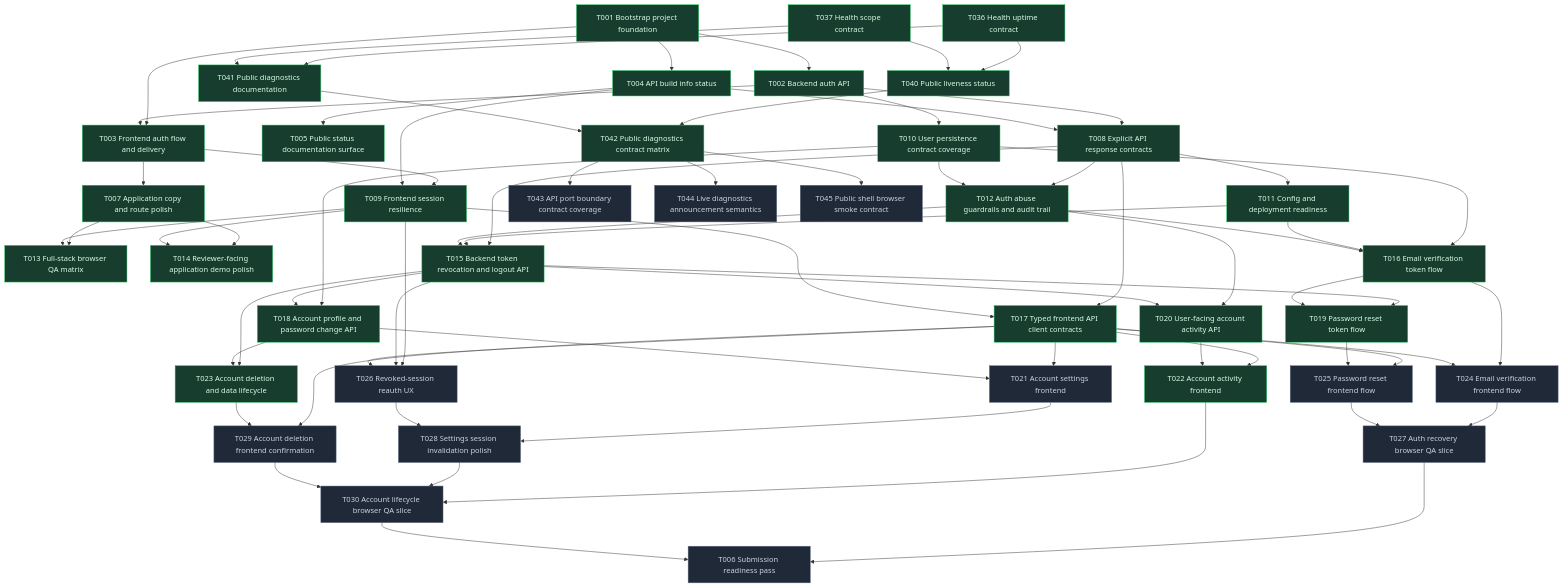
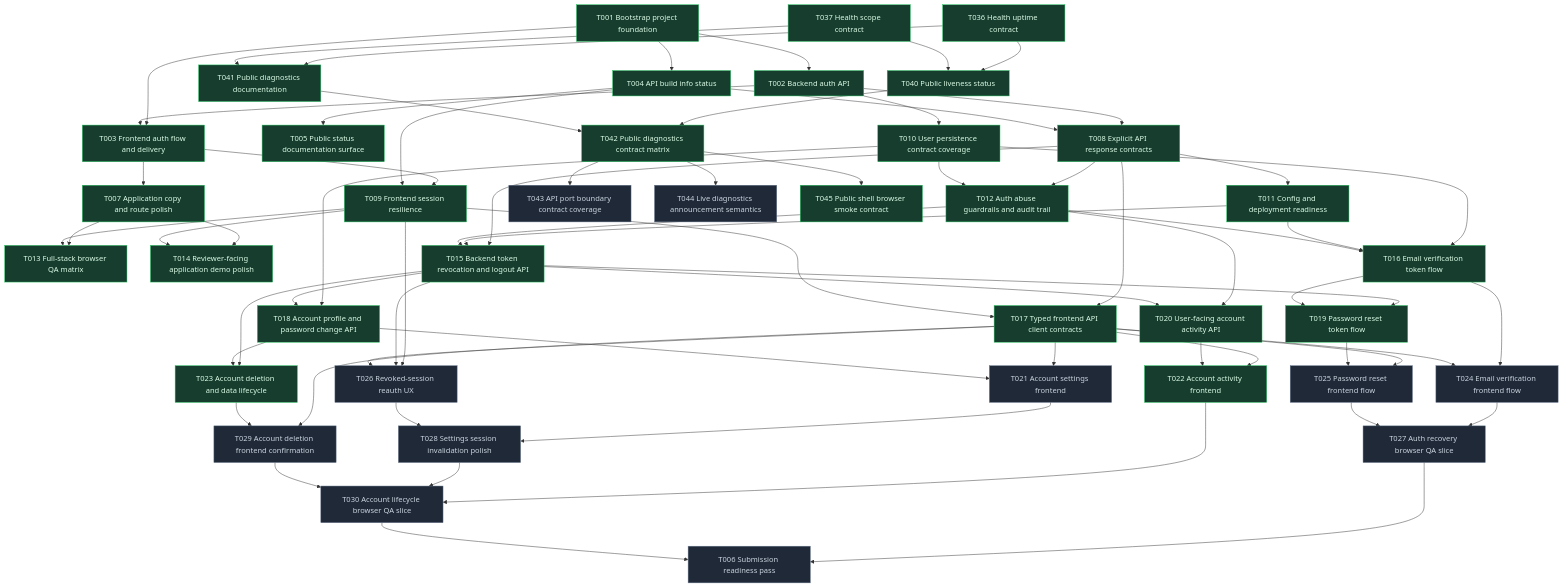
The diagram in planning/roadmap/dependencies.mmd (0-sayed/easyGen), drawn with Mermaid before and after one commit. The commit also changed 4 other files, not shown here.

```diff
--- a/planning/roadmap/dependencies.mmd
+++ b/planning/roadmap/dependencies.mmd
@@ -1,118 +1,118 @@
 flowchart TD
   T001["T001 Bootstrap project foundation"]
   T002["T002 Backend auth API"]
   T003["T003 Frontend auth flow and delivery"]
   T004["T004 API build info status"]
   T005["T005 Public status documentation surface"]
   T006["T006 Submission readiness pass"]
   T007["T007 Application copy and route polish"]
   T008["T008 Explicit API response contracts"]
   T009["T009 Frontend session resilience"]
   T010["T010 User persistence contract coverage"]
   T011["T011 Config and deployment readiness"]
   T012["T012 Auth abuse guardrails and audit trail"]
   T013["T013 Full-stack browser QA matrix"]
   T014["T014 Reviewer-facing application demo polish"]
   T015["T015 Backend token revocation and logout API"]
   T016["T016 Email verification token flow"]
   T017["T017 Typed frontend API client contracts"]
   T018["T018 Account profile and password change API"]
   T019["T019 Password reset token flow"]
   T020["T020 User-facing account activity API"]
   T021["T021 Account settings frontend"]
   T022["T022 Account activity frontend"]
   T023["T023 Account deletion and data lifecycle"]
   T024["T024 Email verification frontend flow"]
   T025["T025 Password reset frontend flow"]
   T026["T026 Revoked-session reauth UX"]
   T027["T027 Auth recovery browser QA slice"]
   T028["T028 Settings session invalidation polish"]
   T029["T029 Account deletion frontend confirmation"]
   T030["T030 Account lifecycle browser QA slice"]
   T036["T036 Health uptime contract"]
   T037["T037 Health scope contract"]
   T040["T040 Public liveness status"]
   T041["T041 Public diagnostics documentation"]
   T042["T042 Public diagnostics contract matrix"]
   T043["T043 API port boundary contract coverage"]
   T044["T044 Live diagnostics announcement semantics"]
   T045["T045 Public shell browser smoke contract"]
 
   T001 --> T002
   T001 --> T003
   T002 --> T003
   T001 --> T004
   T004 --> T005
   T003 --> T007
   T002 --> T008
   T004 --> T008
   T003 --> T009
   T004 --> T009
   T002 --> T010
   T008 --> T011
   T008 --> T012
   T010 --> T012
   T007 --> T013
   T009 --> T013
   T007 --> T014
   T009 --> T014
   T008 --> T015
   T011 --> T015
   T012 --> T015
   T010 --> T016
   T011 --> T016
   T012 --> T016
   T008 --> T017
   T009 --> T017
   T010 --> T018
   T015 --> T018
   T015 --> T019
   T016 --> T019
   T012 --> T020
   T015 --> T020
   T017 --> T021
   T018 --> T021
   T017 --> T022
   T020 --> T022
   T015 --> T023
   T018 --> T023
   T016 --> T024
   T017 --> T024
   T017 --> T025
   T019 --> T025
   T009 --> T026
   T015 --> T026
   T017 --> T026
   T024 --> T027
   T025 --> T027
   T021 --> T028
   T026 --> T028
   T017 --> T029
   T023 --> T029
   T022 --> T030
   T028 --> T030
   T029 --> T030
   T027 --> T006
   T030 --> T006
   T036 --> T040
   T037 --> T040
   T036 --> T041
   T037 --> T041
   T040 --> T042
   T041 --> T042
   T042 --> T043
   T042 --> T044
   T042 --> T045
 
   classDef done fill:#163d2e,stroke:#22c55e,color:#dcfce7;
   classDef pending fill:#1f2937,stroke:#64748b,color:#cbd5e1;
 
   class T001,T002,T003,T004,T005,T007,T008,T009,T010,T011,T012,T013,T014,T015,T016,T017,T018,T019,T020,T022,T023 done;
   class T006,T021,T024,T025,T026,T027,T028,T029,T030 pending;
   class T036,T037,T040,T041,T042 done;
 
   class T043 pending;
 
   class T044 pending;
 
-  class T045 pending;
+  class T045 done;
```
